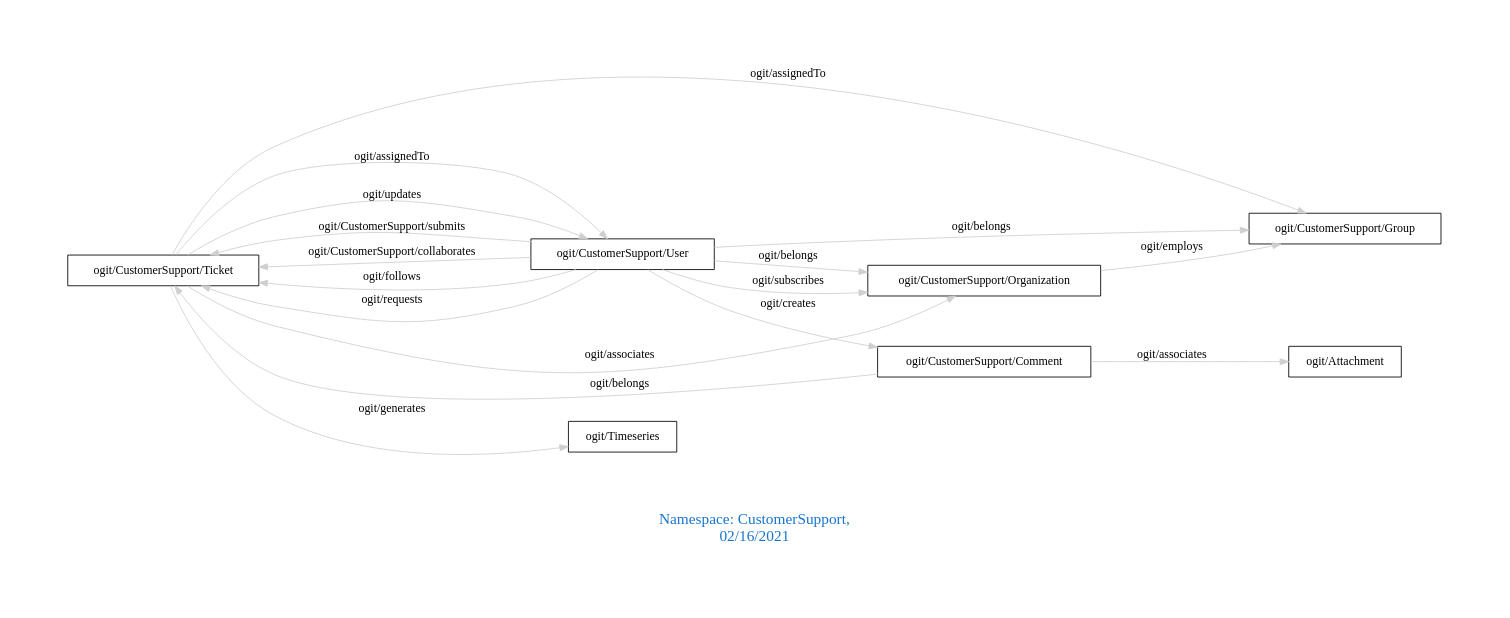
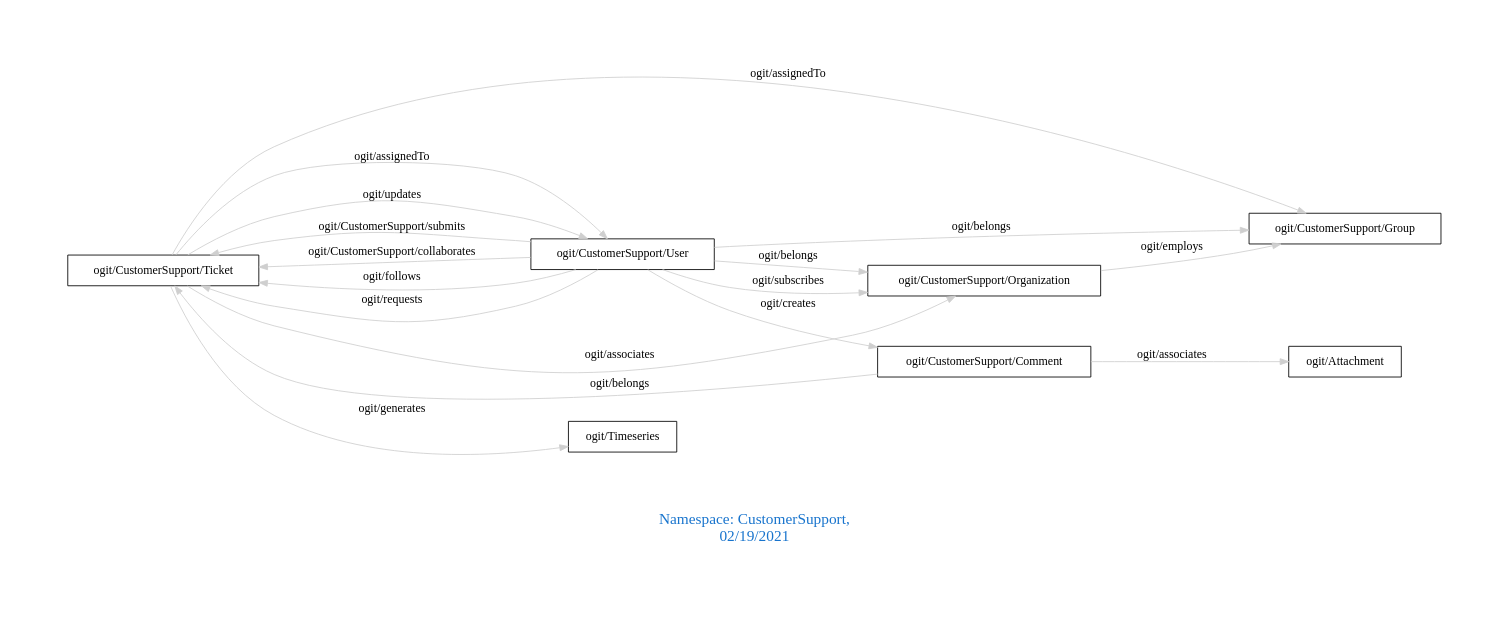
Before and after one commit to arago/OGIT: the diagram in downloads/CustomerSupport.dot, drawn with Graphviz. The commit also changed 1845 other files, not shown here.

```diff
--- a/downloads/CustomerSupport.dot
+++ b/downloads/CustomerSupport.dot
@@ -1,24 +1,24 @@
 digraph OGIT_ontology {
  graph [ rankdir= LR,pad=1 
 fontsize = 18,
-fontcolor= dodgerblue3,label = "\n\n\nNamespace: CustomerSupport, \n 02/16/2021"];
+fontcolor= dodgerblue3,label = "\n\n\nNamespace: CustomerSupport, \n 02/19/2021"];
 node[shape=polygon];
 edge [  color="gray81"];
 
    "ogit/CustomerSupport/Ticket" -> "ogit/CustomerSupport/User" [label="   ogit/assignedTo    "];
    "ogit/CustomerSupport/Ticket" -> "ogit/CustomerSupport/Group" [label="   ogit/assignedTo    "];
    "ogit/CustomerSupport/Ticket" -> "ogit/Timeseries" [label="   ogit/generates    "];
    "ogit/CustomerSupport/User" -> "ogit/CustomerSupport/Ticket" [label="   ogit/CustomerSupport/submits    "];
    "ogit/CustomerSupport/Organization" -> "ogit/CustomerSupport/Group" [label="   ogit/employs    "];
    "ogit/CustomerSupport/User" -> "ogit/CustomerSupport/Ticket" [label="   ogit/CustomerSupport/collaborates    "];
    "ogit/CustomerSupport/User" -> "ogit/CustomerSupport/Ticket" [label="   ogit/follows    "];
    "ogit/CustomerSupport/User" -> "ogit/CustomerSupport/Comment" [label="   ogit/creates    "];
    "ogit/CustomerSupport/Comment" -> "ogit/Attachment" [label="   ogit/associates    "];
    "ogit/CustomerSupport/Ticket" -> "ogit/CustomerSupport/Organization" [label="   ogit/associates    "];
    "ogit/CustomerSupport/User" -> "ogit/CustomerSupport/Ticket" [label="   ogit/requests    "];
    "ogit/CustomerSupport/Ticket" -> "ogit/CustomerSupport/User" [label="   ogit/updates    "];
    "ogit/CustomerSupport/Comment" -> "ogit/CustomerSupport/Ticket" [label="   ogit/belongs    "];
    "ogit/CustomerSupport/User" -> "ogit/CustomerSupport/Group" [label="   ogit/belongs    "];
    "ogit/CustomerSupport/User" -> "ogit/CustomerSupport/Organization" [label="   ogit/belongs    "];
    "ogit/CustomerSupport/User" -> "ogit/CustomerSupport/Organization" [label="   ogit/subscribes    "];
 }
```
